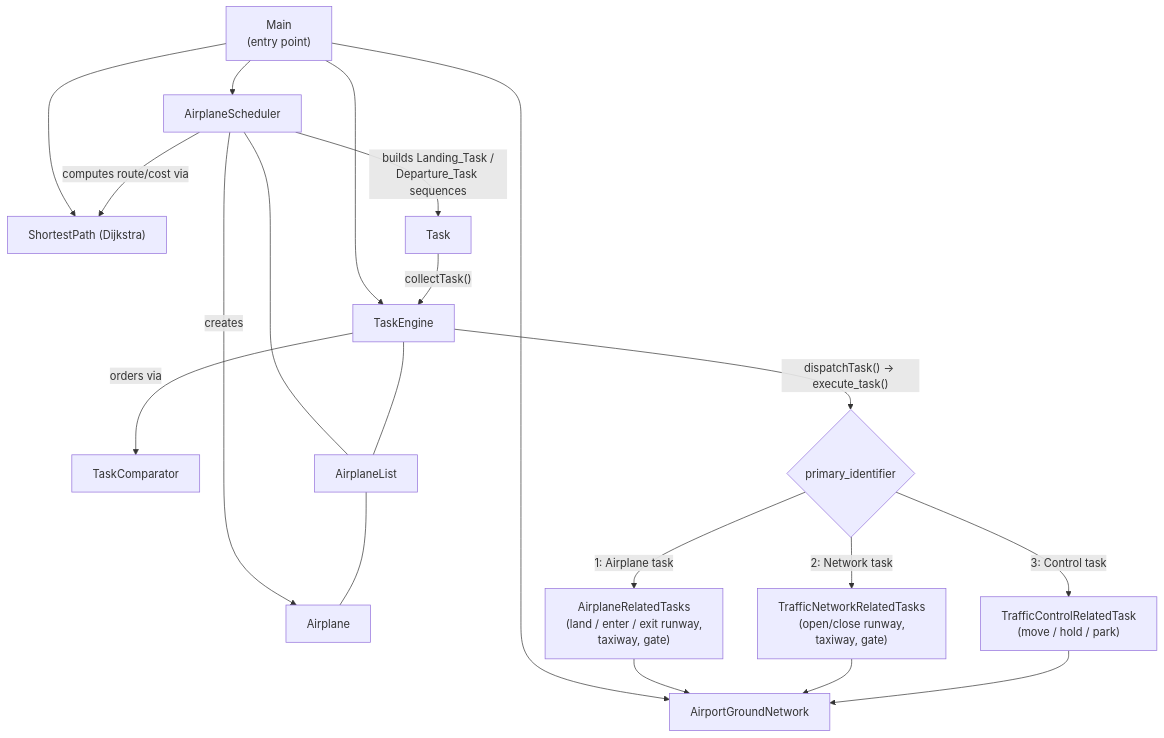
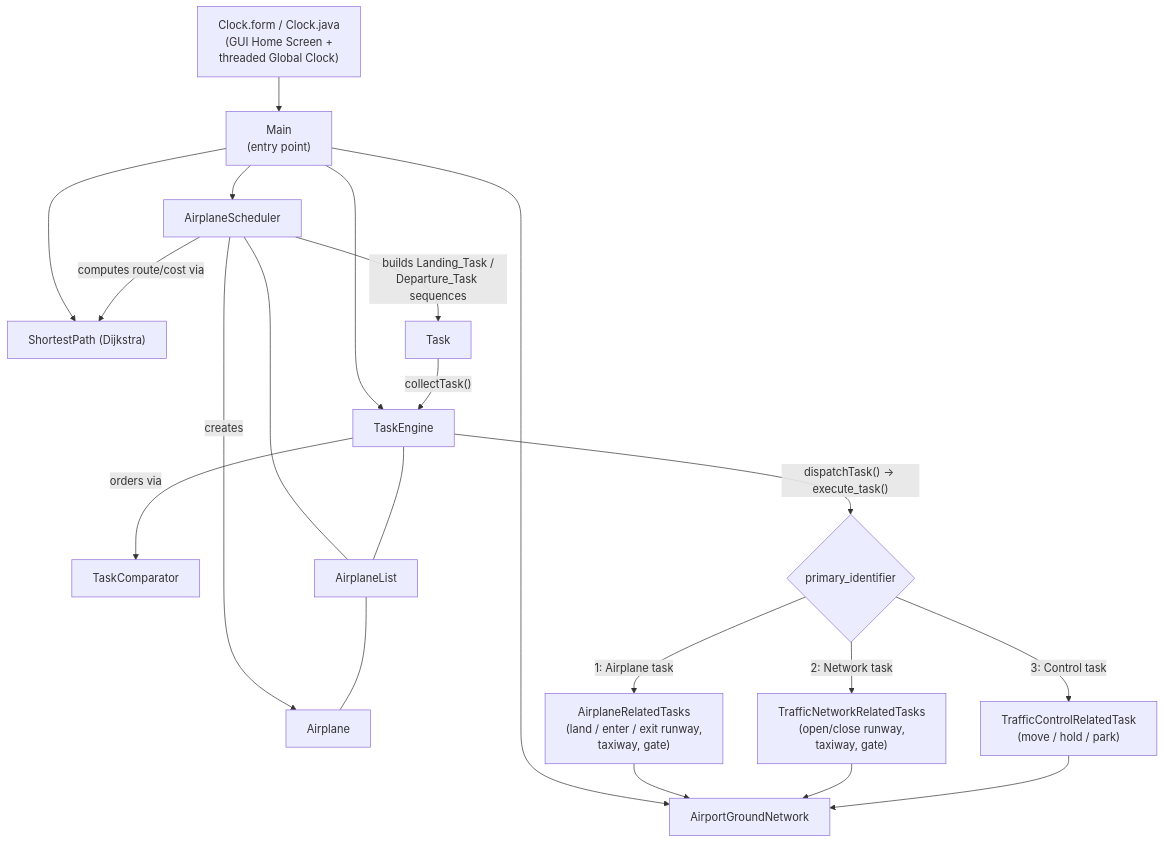
The first of 2 diagrams in README.md (mtahaarif/Object-Oriented-Airport-Traffic-Simulation), drawn with Mermaid before and after one commit. The commit also changed other lines of this file, not shown here.

````diff
--- a/README.md
+++ b/README.md
@@ -99,27 +105,28 @@
 ```mermaid
 flowchart TD
-    Main["Main\n(entry point)"] --> Sched["AirplaneScheduler"]
+    Home["Clock.form / Clock.java\n(GUI Home Screen +\nthreaded Global Clock)"] --> Main["Main\n(entry point)"]
+    Main --> Sched["AirplaneScheduler"]
     Main --> Engine["TaskEngine"]
     Main --> Net["AirportGroundNetwork"]
     Main --> SP["ShortestPath (Dijkstra)"]
 
     Sched -->|"creates"| Plane["Airplane"]
     Sched -->|"computes route/cost via"| SP
     Sched -->|"builds Landing_Task /\nDeparture_Task sequences"| TaskObj["Task"]
     TaskObj -->|"collectTask()"| Engine
 
     Engine -->|"orders via"| Cmp["TaskComparator"]
     Engine -->|"dispatchTask() -> execute_task()"| Route{"primary_identifier"}
 
     Route -->|"1: Airplane task"| APT["AirplaneRelatedTasks\n(land / enter / exit runway,\ntaxiway, gate)"]
     Route -->|"2: Network task"| TNT["TrafficNetworkRelatedTasks\n(open/close runway,\ntaxiway, gate)"]
     Route -->|"3: Control task"| TCT["TrafficControlRelatedTask\n(move / hold / park)"]
 
     APT --> Net
     TNT --> Net
     TCT --> Net
 
     List["AirplaneList"] --- Plane
     Sched --- List
     Engine --- List
 ```
````
